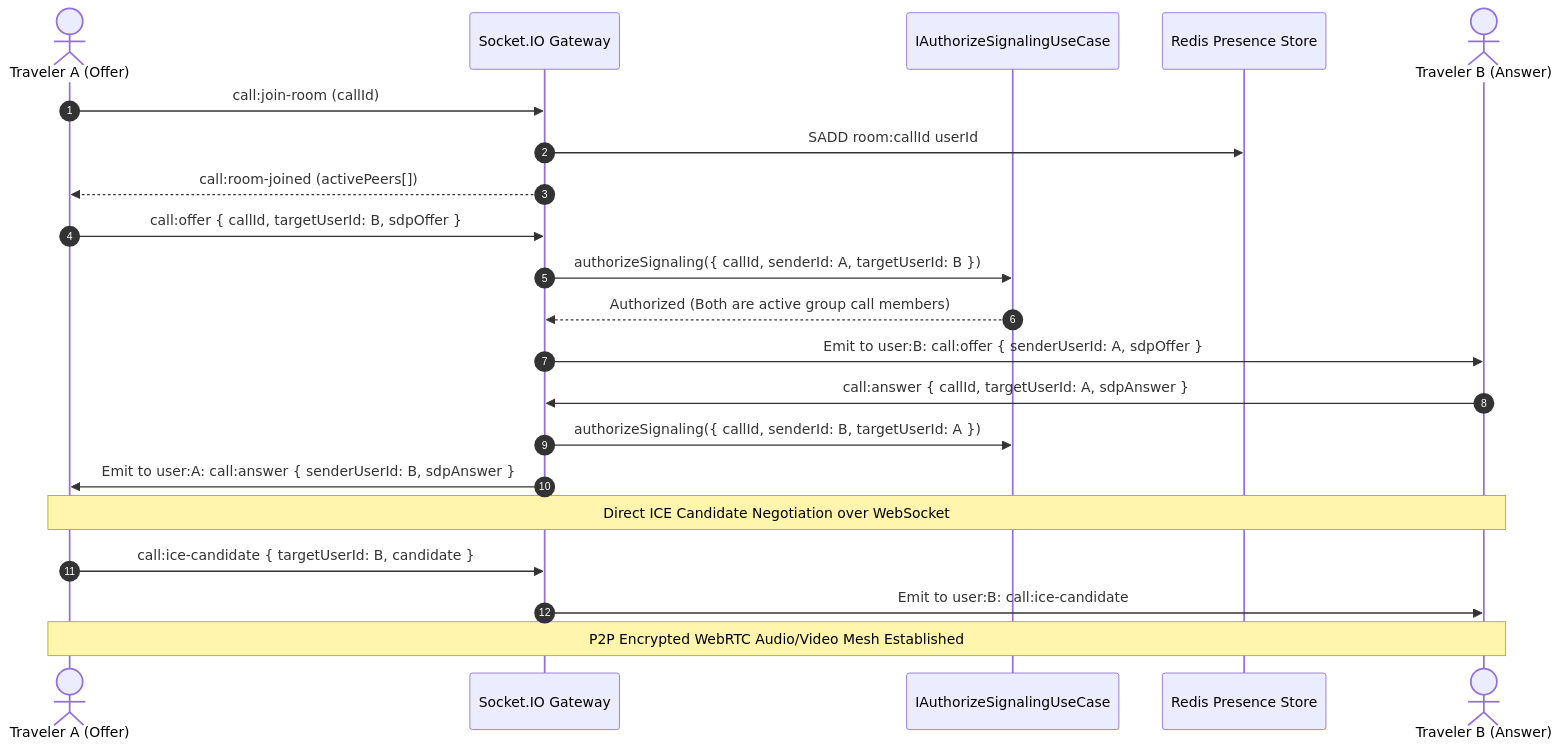
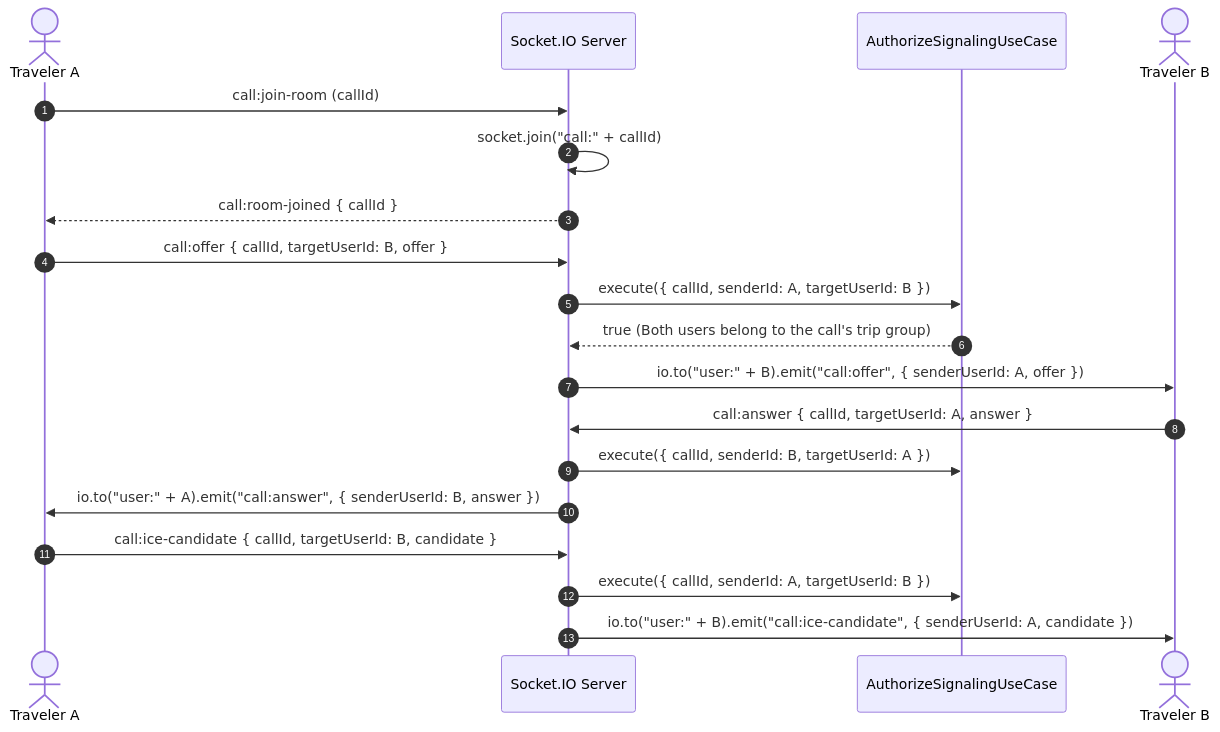
The fourth of 6 diagrams in README.md (Nasif284/Kafla-server), drawn with Mermaid before and after one commit. The commit also changed other lines of this file, not shown here.

````diff
--- a/README.md
+++ b/README.md
@@ -161,27 +159,25 @@
 ```mermaid
 sequenceDiagram
     autonumber
-    actor PeerA as Traveler A (Offer)
-    participant WS as Socket.IO Gateway
-    participant Auth as IAuthorizeSignalingUseCase
-    participant Redis as Redis Presence Store
-    actor PeerB as Traveler B (Answer)
+    actor UserA as Traveler A
+    participant WS as Socket.IO Server
+    participant Auth as AuthorizeSignalingUseCase
+    actor UserB as Traveler B
 
-    PeerA->>WS: call:join-room (callId)
-    WS->>Redis: SADD room:callId userId
-    WS-->>PeerA: call:room-joined (activePeers[])
+    UserA->>WS: call:join-room (callId)
+    WS->>WS: socket.join("call:" + callId)
+    WS-->>UserA: call:room-joined { callId }
 
-    PeerA->>WS: call:offer { callId, targetUserId: B, sdpOffer }
-    WS->>Auth: authorizeSignaling({ callId, senderId: A, targetUserId: B })
-    Auth-->>WS: Authorized (Both are active group call members)
-    WS->>PeerB: Emit to user:B: call:offer { senderUserId: A, sdpOffer }
+    UserA->>WS: call:offer { callId, targetUserId: B, offer }
+    WS->>Auth: execute({ callId, senderId: A, targetUserId: B })
+    Auth-->>WS: true (Both users belong to the call's trip group)
+    WS->>UserB: io.to("user:" + B).emit("call:offer", { senderUserId: A, offer })
 
-    PeerB->>WS: call:answer { callId, targetUserId: A, sdpAnswer }
-    WS->>Auth: authorizeSignaling({ callId, senderId: B, targetUserId: A })
-    WS->>PeerA: Emit to user:A: call:answer { senderUserId: B, sdpAnswer }
+    UserB->>WS: call:answer { callId, targetUserId: A, answer }
+    WS->>Auth: execute({ callId, senderId: B, targetUserId: A })
+    WS->>UserA: io.to("user:" + A).emit("call:answer", { senderUserId: B, answer })
 
-    Note over PeerA,PeerB: Direct ICE Candidate Negotiation over WebSocket
-    PeerA->>WS: call:ice-candidate { targetUserId: B, candidate }
-    WS->>PeerB: Emit to user:B: call:ice-candidate
-    Note over PeerA,PeerB: P2P Encrypted WebRTC Audio/Video Mesh Established
+    UserA->>WS: call:ice-candidate { callId, targetUserId: B, candidate }
+    WS->>Auth: execute({ callId, senderId: A, targetUserId: B })
+    WS->>UserB: io.to("user:" + B).emit("call:ice-candidate", { senderUserId: A, candidate })
 ```
````
